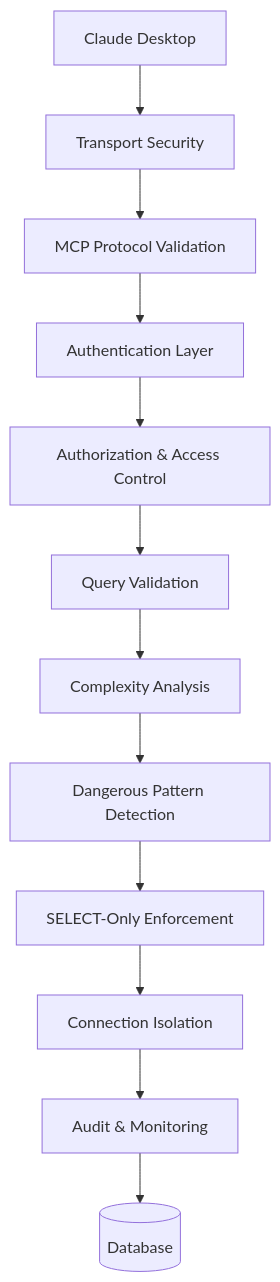
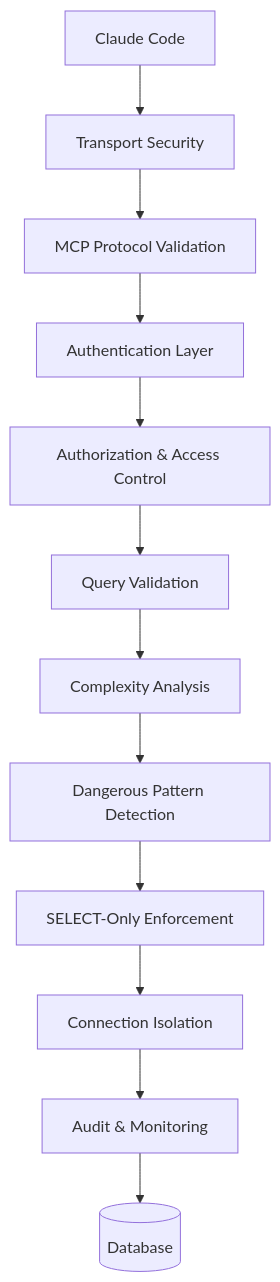
Before and after one commit to AraneaDev/Argos-MCP: the first of 3 diagrams in docs/architecture/security-architecture.md, drawn with Mermaid. The commit also changed other lines of this file and 105 other files, not shown here.

First line of the commit message:
feat!: rebrand to Argos-MCP and adopt native Claude Code registration

````diff
--- a/docs/architecture/security-architecture.md
+++ b/docs/architecture/security-architecture.md
@@ -17,14 +17,14 @@
 ```mermaid
 graph TB
- Claude[Claude Desktop] --> Transport[Transport Security]
+ Claude[Claude Code] --> Transport[Transport Security]
  Transport --> Protocol[MCP Protocol Validation]
  Protocol --> Authentication[Authentication Layer]
  Authentication --> Authorization[Authorization & Access Control]
  Authorization --> QueryValidation[Query Validation]
  QueryValidation --> ComplexityAnalysis[Complexity Analysis]
  ComplexityAnalysis --> PatternDetection[Dangerous Pattern Detection]
  PatternDetection --> SelectOnly[SELECT-Only Enforcement]
  SelectOnly --> ConnectionIsolation[Connection Isolation]
  ConnectionIsolation --> AuditLogging[Audit & Monitoring]
  AuditLogging --> Database[(Database)]
 ```
````
